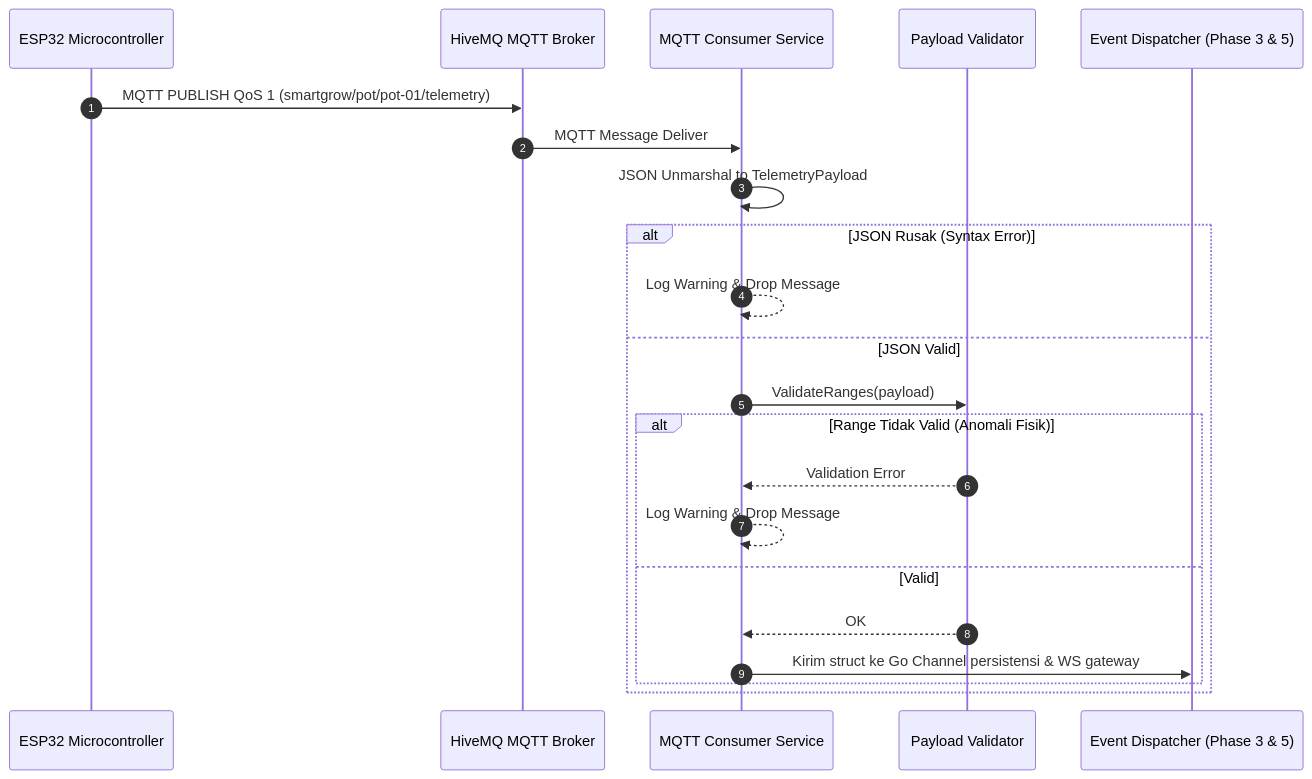
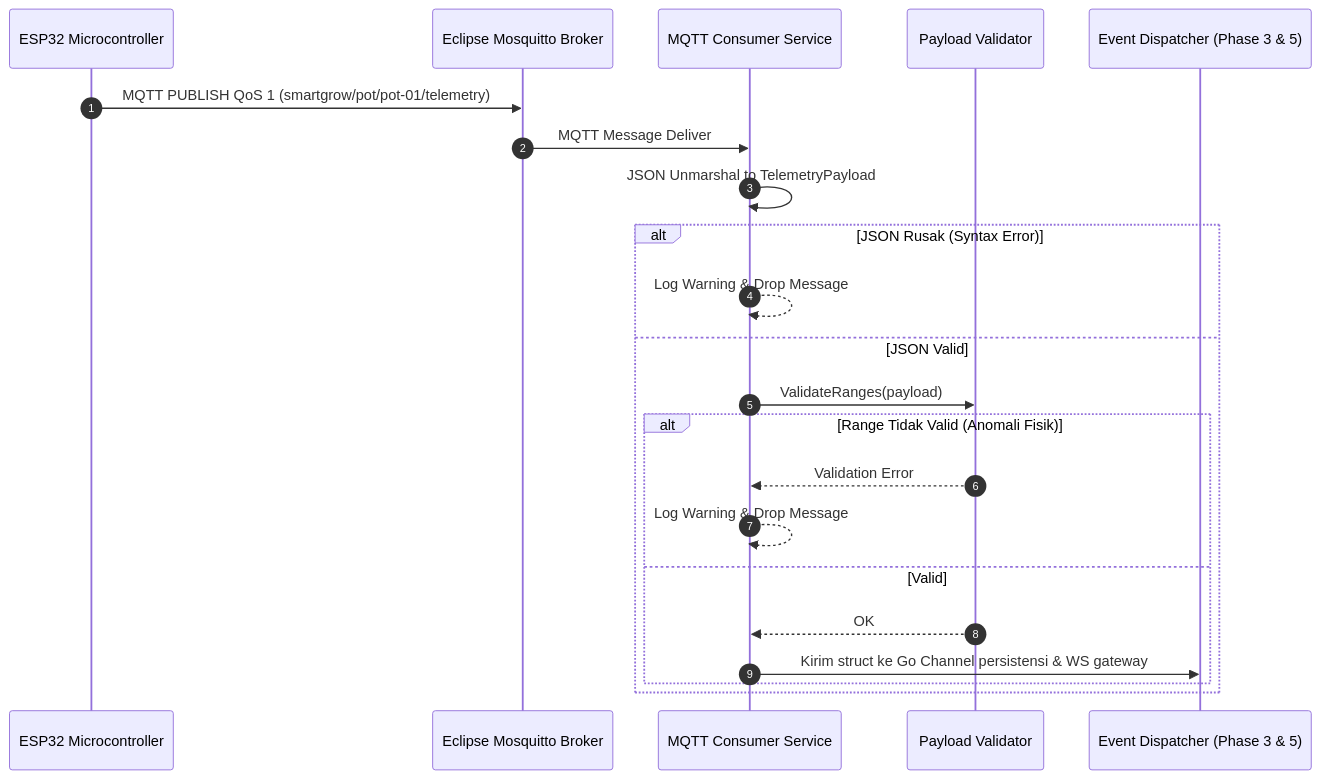
The first of 2 diagrams in docs/specs/02-backend-mqtt-consumer/design.md (re4dam/mstr-smart-grow), drawn with Mermaid before and after one commit. The commit also changed other lines of this file and 12 other files, not shown here.

Commit message:
docs: migrate MQTT broker references from HiveMQ to Eclipse Mosquitto across documentation and specifications

````diff
--- a/docs/specs/02-backend-mqtt-consumer/design.md
+++ b/docs/specs/02-backend-mqtt-consumer/design.md
@@ -43,25 +43,25 @@
 ```mermaid
 sequenceDiagram
     autonumber
     participant ESP as ESP32 Microcontroller
-    participant Broker as HiveMQ MQTT Broker
+    participant Broker as Eclipse Mosquitto Broker
     participant Consumer as MQTT Consumer Service
     participant Validator as Payload Validator
     participant Dispatcher as Event Dispatcher (Phase 3 & 5)
 
     ESP->>Broker: MQTT PUBLISH QoS 1 (smartgrow/pot/pot-01/telemetry)
     Broker->>Consumer: MQTT Message Deliver
     Consumer->>Consumer: JSON Unmarshal to TelemetryPayload
     alt JSON Rusak (Syntax Error)
         Consumer-->>Consumer: Log Warning & Drop Message
     else JSON Valid
         Consumer->>Validator: ValidateRanges(payload)
         alt Range Tidak Valid (Anomali Fisik)
             Validator-->>Consumer: Validation Error
             Consumer-->>Consumer: Log Warning & Drop Message
         else Valid
             Validator-->>Consumer: OK
             Consumer->>Dispatcher: Kirim struct ke Go Channel persistensi & WS gateway
         end
     end
 ```
````
